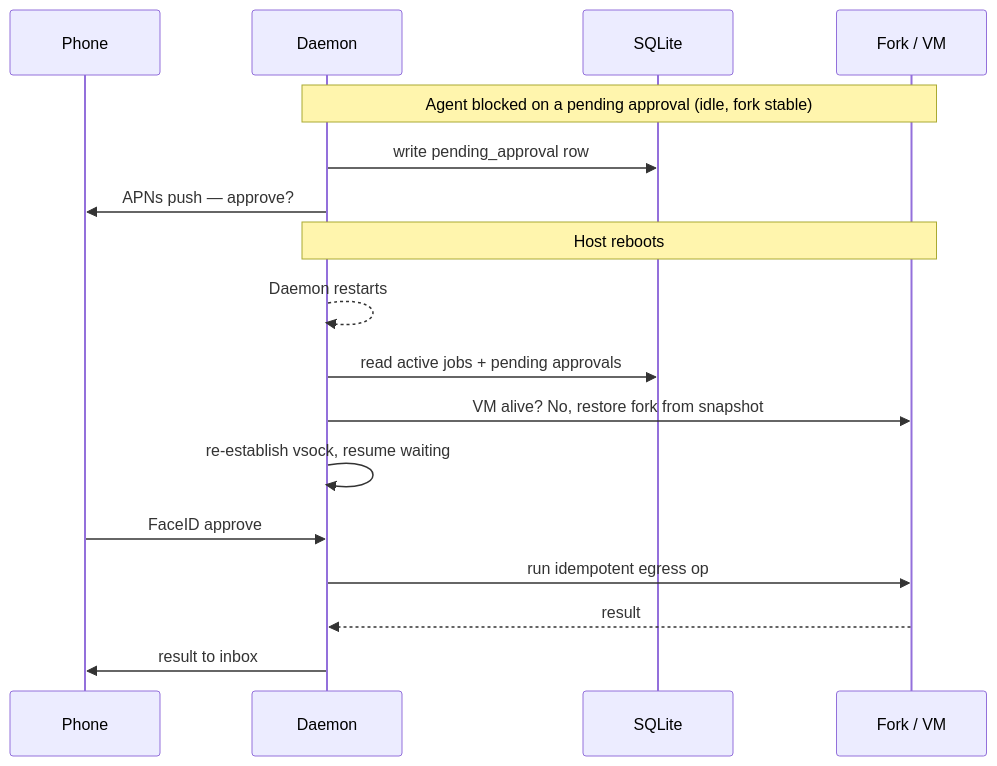
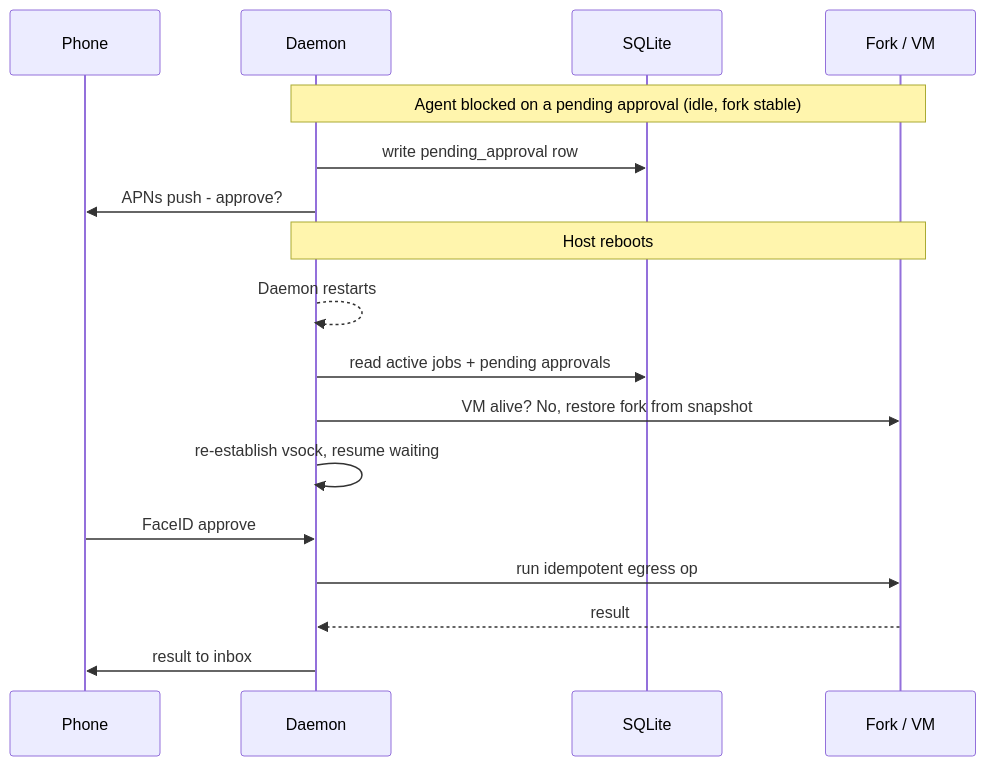
One commit to joshjon/fletcher changed the third of 3 diagrams in DESIGN.md. Above: the diagram before and after it, drawn with Mermaid. The commit also changed other lines of this file and 36 other files, not shown here.

````diff
--- a/DESIGN.md
+++ b/DESIGN.md
@@ -231,20 +231,20 @@
 ```mermaid
 sequenceDiagram
     participant U as Phone
     participant D as Daemon
     participant DB as SQLite
     participant V as Fork / VM
 
     Note over D,V: Agent blocked on a pending approval (idle, fork stable)
     D->>DB: write pending_approval row
-    D->>U: APNs push — approve?
+    D->>U: APNs push - approve?
     Note over D,V: Host reboots
     D-->>D: Daemon restarts
     D->>DB: read active jobs + pending approvals
     D->>V: VM alive? No, restore fork from snapshot
     D->>D: re-establish vsock, resume waiting
     U->>D: FaceID approve
     D->>V: run idempotent egress op
     V-->>D: result
     D->>U: result to inbox
 ```
````
